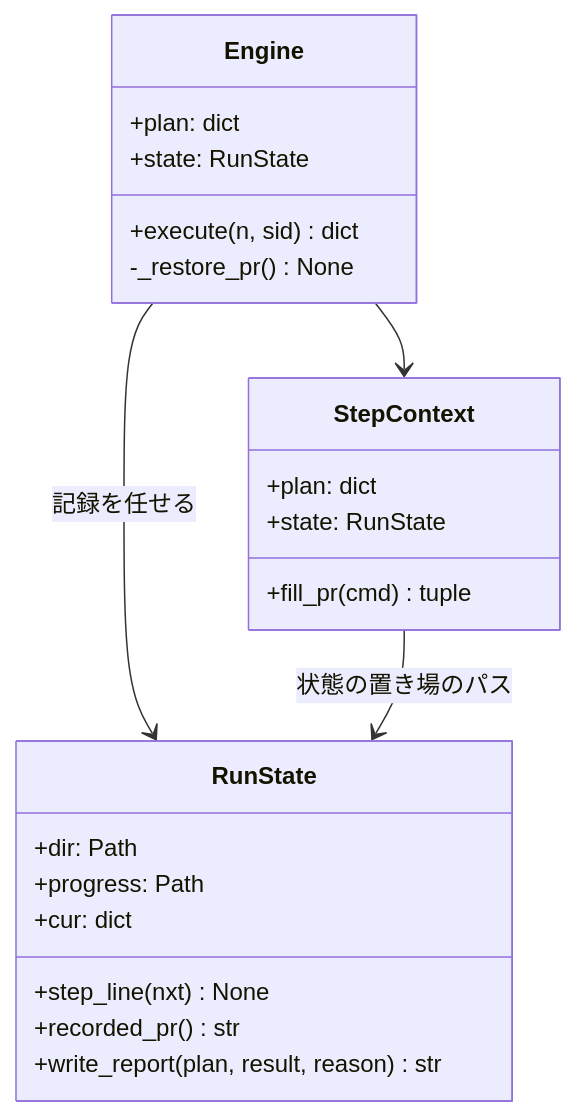
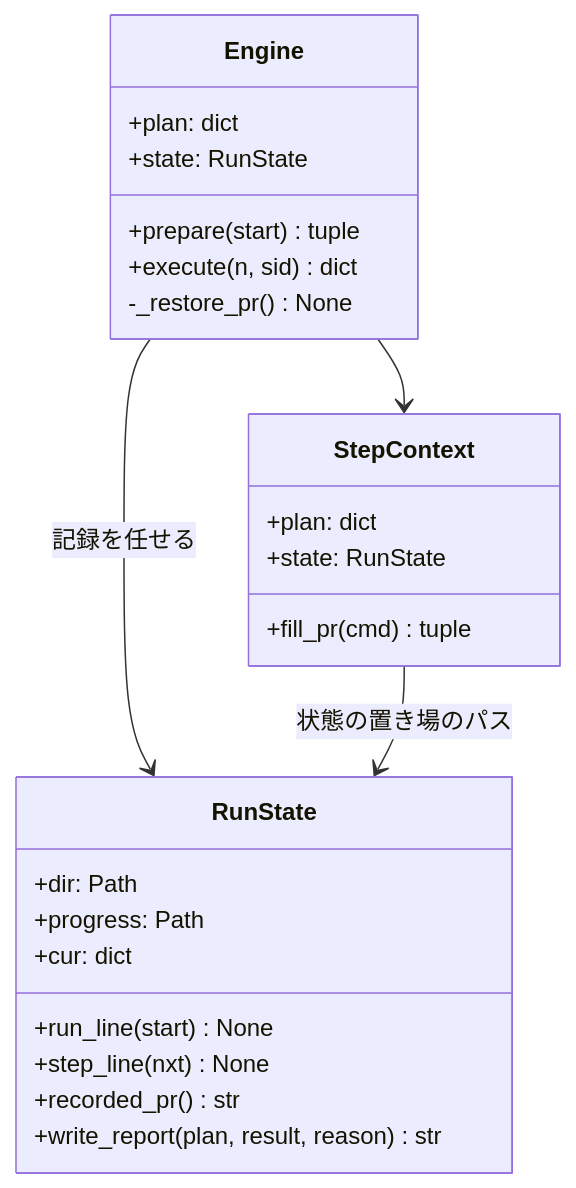
Before and after one commit to devbasex/ai-plugins: the second of 3 diagrams in issues/issue-1296-design.md, drawn with Mermaid. The commit also changed other lines of this file, not shown here.

````diff
--- a/issues/issue-1296-design.md
+++ b/issues/issue-1296-design.md
@@ -133,25 +141,27 @@
 ```mermaid
 classDiagram
     class Engine {
         +plan: dict
         +state: RunState
+        +prepare(start) tuple
         +execute(n, sid) dict
         -_restore_pr() None
     }
     class RunState {
         +dir: Path
         +progress: Path
         +cur: dict
+        +run_line(start) None
         +step_line(nxt) None
         +recorded_pr() str
         +write_report(plan, result, reason) str
     }
     class StepContext {
         +plan: dict
         +state: RunState
         +fill_pr(cmd) tuple
     }
     Engine --> RunState : 記録を任せる
     Engine --> StepContext
     StepContext --> RunState : 状態の置き場のパス
 ```
````
